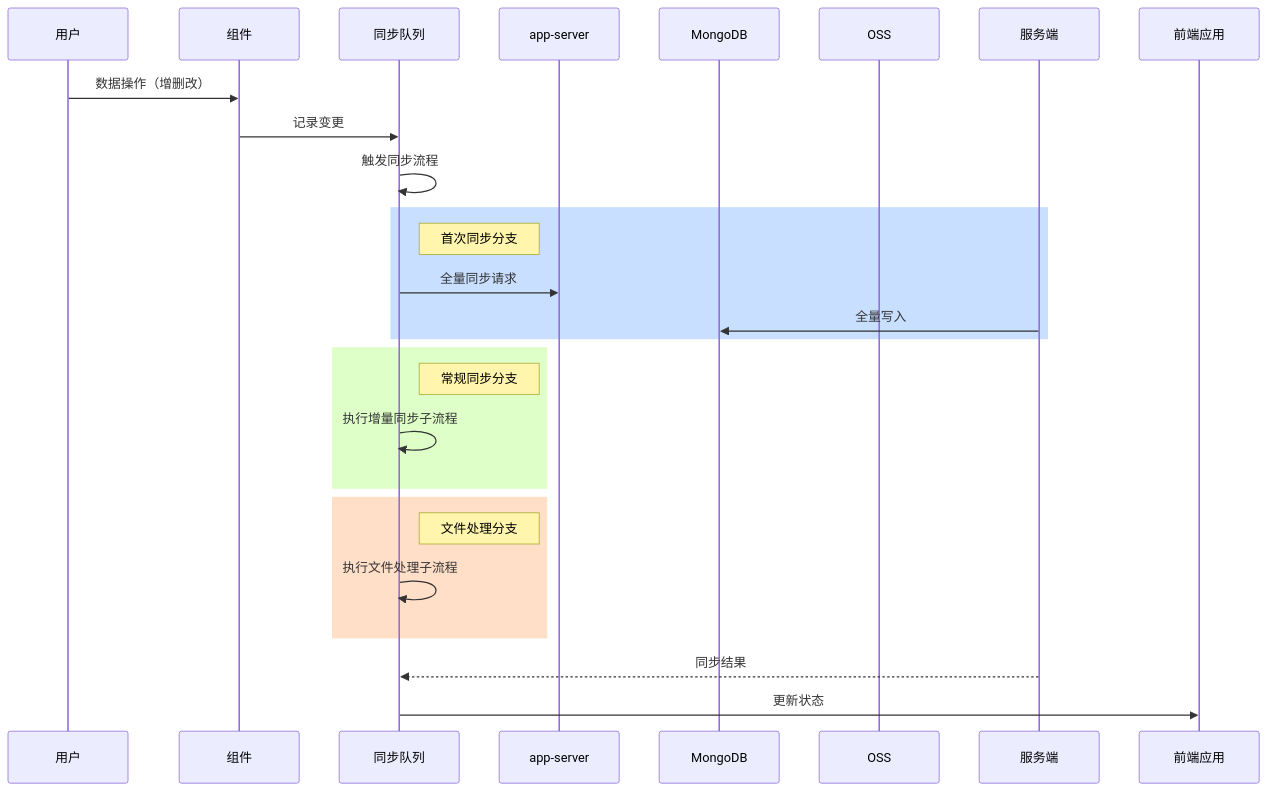
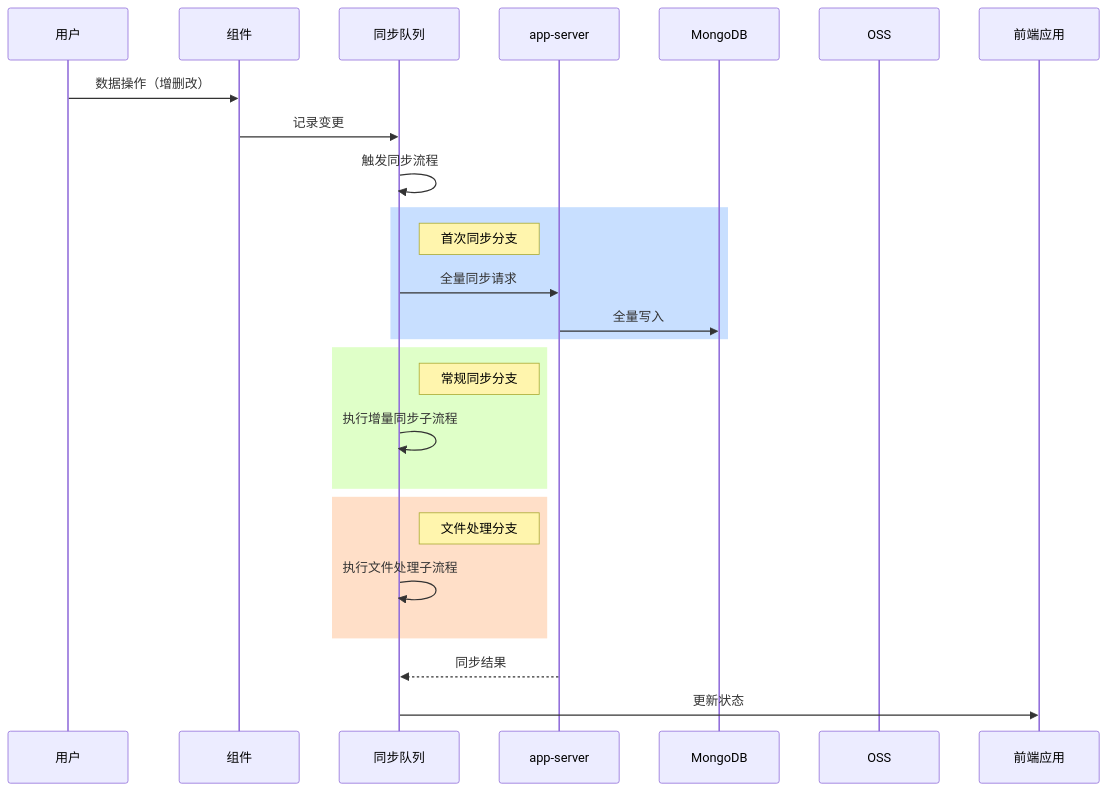
Before and after one commit to yingjianzh/iodraw-files: the diagram in all/未命名-24.md, drawn with Mermaid.

Commit message:
2025-02-21 18:21:43 update

````diff
--- a/all/未命名-24.md
+++ b/all/未命名-24.md
@@ -1,32 +1,32 @@
 ```mermaid
 sequenceDiagram
     participant 用户
     participant 组件
     participant 同步队列
     participant app-server
     participant MongoDB
     participant OSS
 
     用户->>组件: 数据操作（增删改）
     组件->>同步队列: 记录变更
     同步队列->>同步队列: 触发同步流程
     
     rect rgb(200,223,255)
     Note right of 同步队列: 首次同步分支
     同步队列->>app-server: 全量同步请求
-    服务端->>MongoDB: 全量写入
+    app-server->>MongoDB: 全量写入
     end
 
     rect rgb(223,255,200)
     Note right of 同步队列: 常规同步分支
     同步队列->>同步队列: 执行增量同步子流程
     end
 
     rect rgb(255,223,200)
     Note right of 同步队列: 文件处理分支
     同步队列->>同步队列: 执行文件处理子流程
     end
 
-    服务端-->>同步队列: 同步结果
+    app-server-->>同步队列: 同步结果
     同步队列->>前端应用: 更新状态
 ```
````
